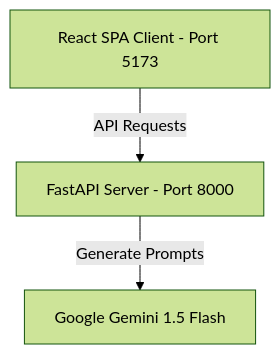
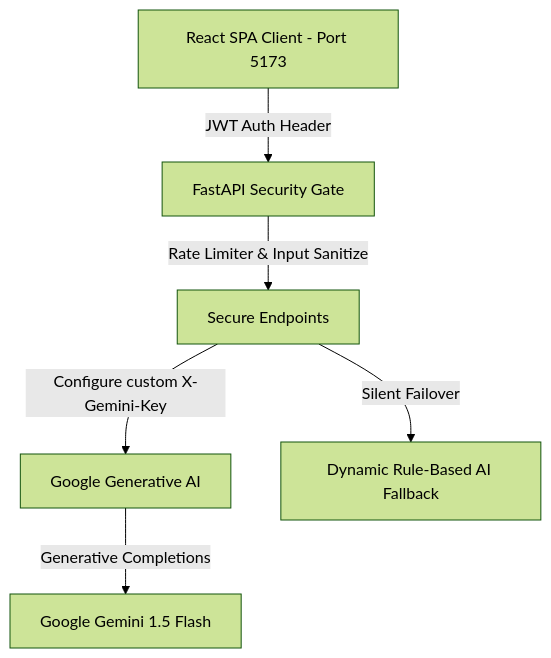
The diagram in README.md (Hyma27/GoalGenius-AI), drawn with Mermaid (forest theme) before and after one commit. The commit also changed other lines of this file and 22 other files, not shown here.

````diff
--- a/README.md
+++ b/README.md
@@ -74,5 +54,8 @@
 ```mermaid
 graph TD;
-    Client[React SPA Client - Port 5173] -->|API Requests| Backend[FastAPI Server - Port 8000];
-    Backend -->|Generate Prompts| Gemini[Google Gemini 1.5 Flash];
+    Client[React SPA Client - Port 5173] -->|JWT Auth Header| Gateway[FastAPI Security Gate];
+    Gateway -->|Rate Limiter & Input Sanitize| Routes[Secure Endpoints];
+    Routes -->|Configure custom X-Gemini-Key| GeminiSDK[Google Generative AI];
+    GeminiSDK -->|Generative Completions| GeminiAPI[Google Gemini 1.5 Flash];
+    Routes -->|Silent Failover| FallbackEngine[Dynamic Rule-Based AI Fallback];
 ```
````
